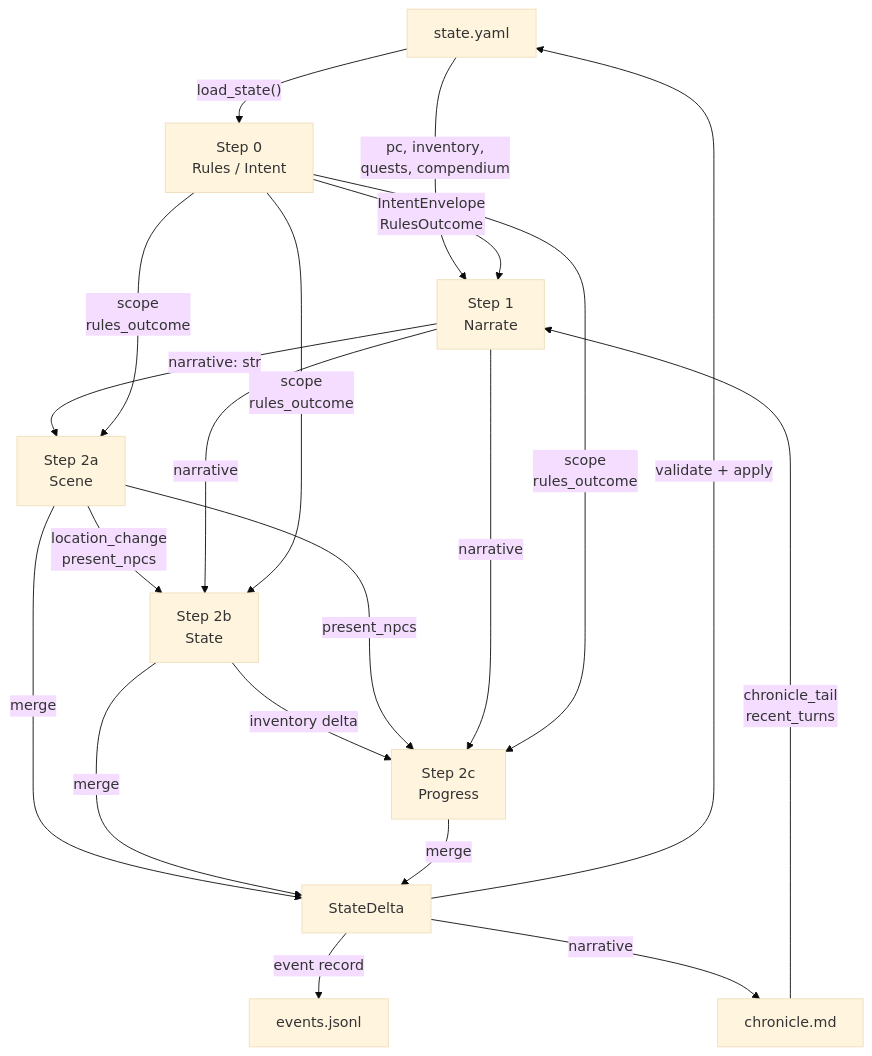
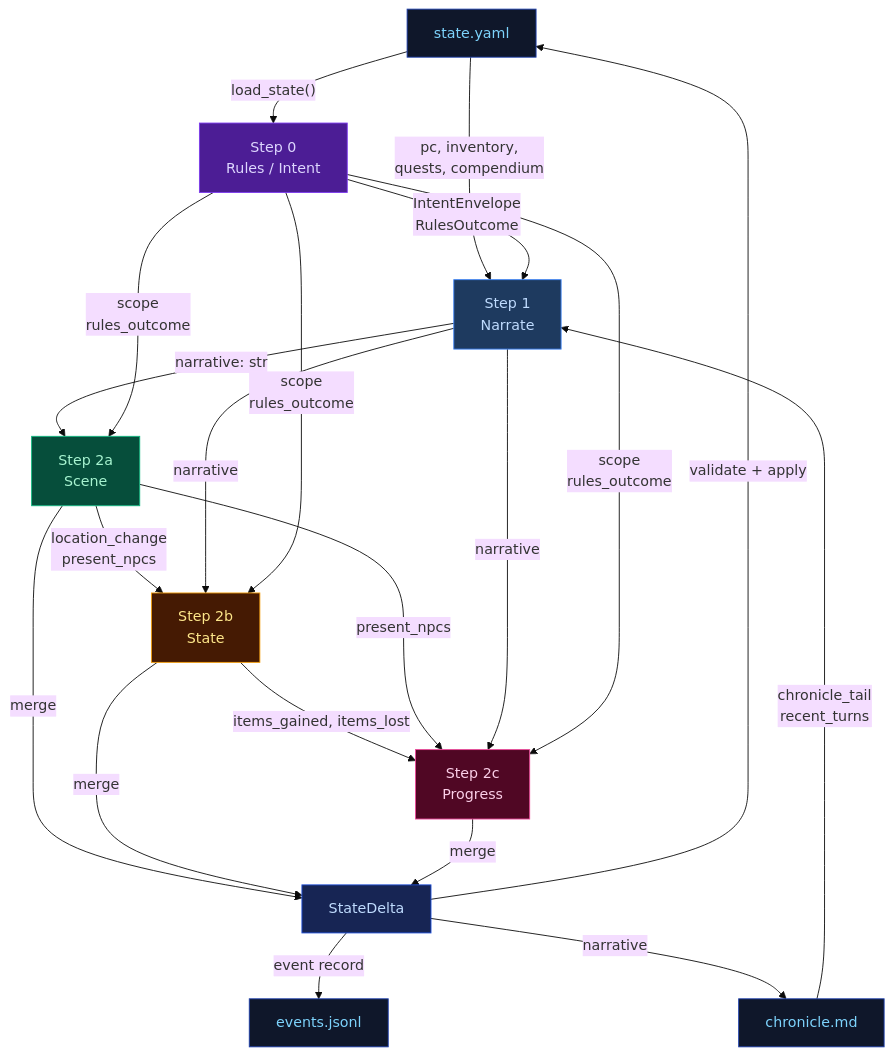
Diagram 11 of 11 in ARCHITECTURE.md (pww217/fablethread), drawn with Mermaid (base theme) before and after one commit. The commit also changed other lines of this file and 28 other files, not shown here.

````diff
--- a/ARCHITECTURE.md
+++ b/ARCHITECTURE.md
@@ -384,24 +433,32 @@
 ```mermaid
 flowchart TD
-    STATE["state.yaml"]
-    CHRONICLE["chronicle.md"]
-    EVENTS["events.jsonl"]
+    classDef stageRules    fill:#4c1d95,color:#ddd6fe,stroke:#7c3aed
+    classDef stageNarrate  fill:#1e3a5f,color:#bfdbfe,stroke:#3b82f6
+    classDef stageScene    fill:#064e3b,color:#a7f3d0,stroke:#10b981
+    classDef stageState    fill:#451a03,color:#fde68a,stroke:#f59e0b
+    classDef stageProgress fill:#500724,color:#fbcfe8,stroke:#ec4899
+    classDef storageNode   fill:#0f172a,color:#7dd3fc,stroke:#1e40af
+    classDef mergeNode     fill:#172554,color:#bfdbfe,stroke:#1d4ed8
 
-    STATE -- "load_state()" --> STEP0["Step 0<br>Rules / Intent"]
-    CHRONICLE -- "chronicle_tail<br>recent_turns" --> STEP1["Step 1<br>Narrate"]
+    STATE["state.yaml"]:::storageNode
+    CHRONICLE["chronicle.md"]:::storageNode
+    EVENTS["events.jsonl"]:::storageNode
+
+    STATE -- "load_state()" --> STEP0["Step 0<br>Rules / Intent"]:::stageRules
+    CHRONICLE -- "chronicle_tail<br>recent_turns" --> STEP1["Step 1<br>Narrate"]:::stageNarrate
     STATE -- "pc, inventory,<br>quests, compendium" --> STEP1
     STEP0 -- "IntentEnvelope<br>RulesOutcome" --> STEP1
-    STEP1 -- "narrative: str" --> STEP2A["Step 2a<br>Scene"]
+    STEP1 -- "narrative: str" --> STEP2A["Step 2a<br>Scene"]:::stageScene
     STEP0 -- "scope<br>rules_outcome" --> STEP2A
-    STEP2A -- "location_change<br>present_npcs" --> STEP2B["Step 2b<br>State"]
+    STEP2A -- "location_change<br>present_npcs" --> STEP2B["Step 2b<br>State"]:::stageState
     STEP1 -- "narrative" --> STEP2B
     STEP0 -- "scope<br>rules_outcome" --> STEP2B
-    STEP2B -- "inventory delta" --> STEP2C["Step 2c<br>Progress"]
+    STEP2B -- "items_gained, items_lost" --> STEP2C["Step 2c<br>Progress"]:::stageProgress
     STEP2A -- "present_npcs" --> STEP2C
     STEP1 -- "narrative" --> STEP2C
     STEP0 -- "scope<br>rules_outcome" --> STEP2C
-    STEP2A & STEP2B & STEP2C -- "merge" --> DELTA["StateDelta"]
+    STEP2A & STEP2B & STEP2C -- "merge" --> DELTA["StateDelta"]:::mergeNode
     DELTA -- "validate + apply" --> STATE
     DELTA -- "event record" --> EVENTS
     DELTA -- "narrative" --> CHRONICLE
 ```
````
